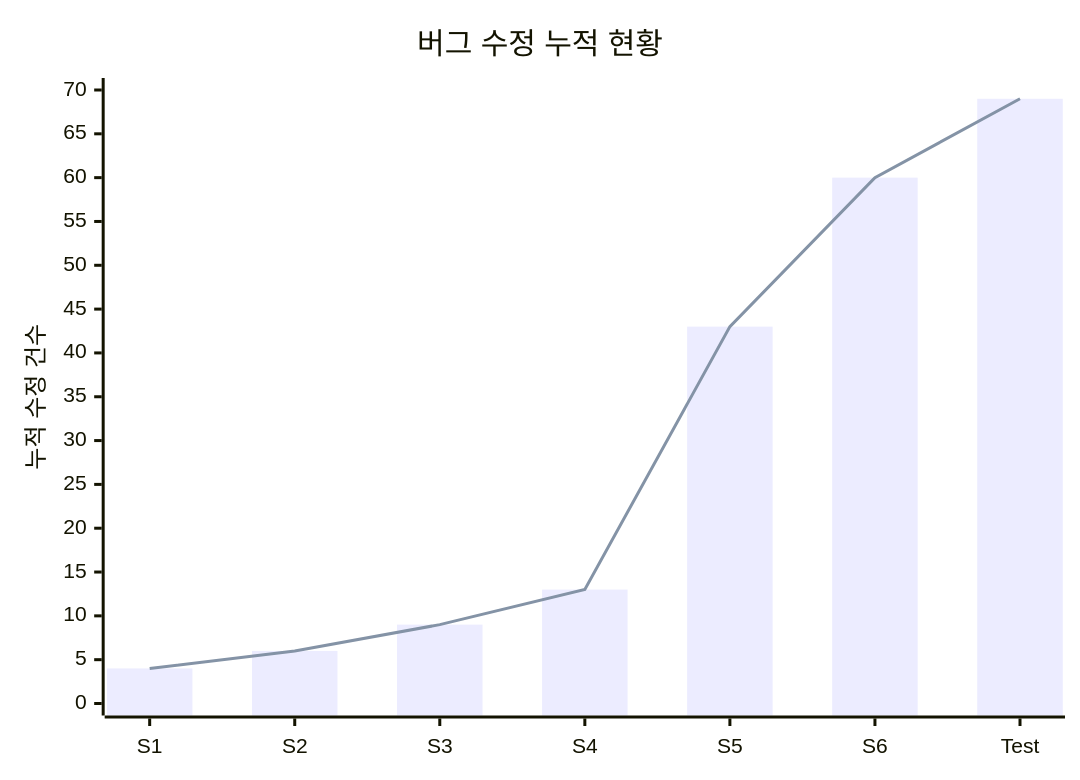
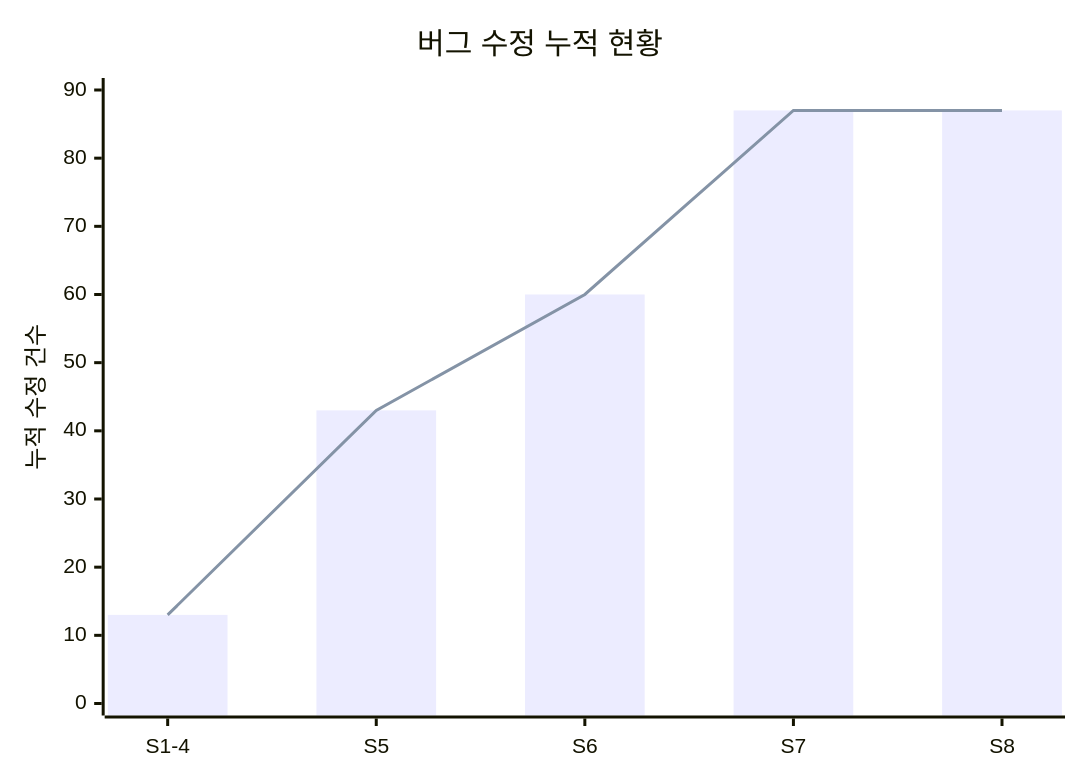
Before and after one commit to sun475300-sudo/Swarm-control-in-sc2bot: diagram 28 of 31 in README.md, drawn with Mermaid. The commit also changed other lines of this file and 1 other file, not shown here.

````diff
--- a/README.md
+++ b/README.md
@@ -812,8 +810,8 @@
 ```mermaid
 xychart-beta
     title "버그 수정 누적 현황"
-    x-axis ["S1", "S2", "S3", "S4", "S5", "S6", "Test"]
-    y-axis "누적 수정 건수" 0 --> 70
-    bar [4, 6, 9, 13, 43, 60, 69]
-    line [4, 6, 9, 13, 43, 60, 69]
+    x-axis ["S1-4", "S5", "S6", "S7", "S8"]
+    y-axis "누적 수정 건수" 0 --> 90
+    bar [13, 43, 60, 87, 87]
+    line [13, 43, 60, 87, 87]
 ```
````
